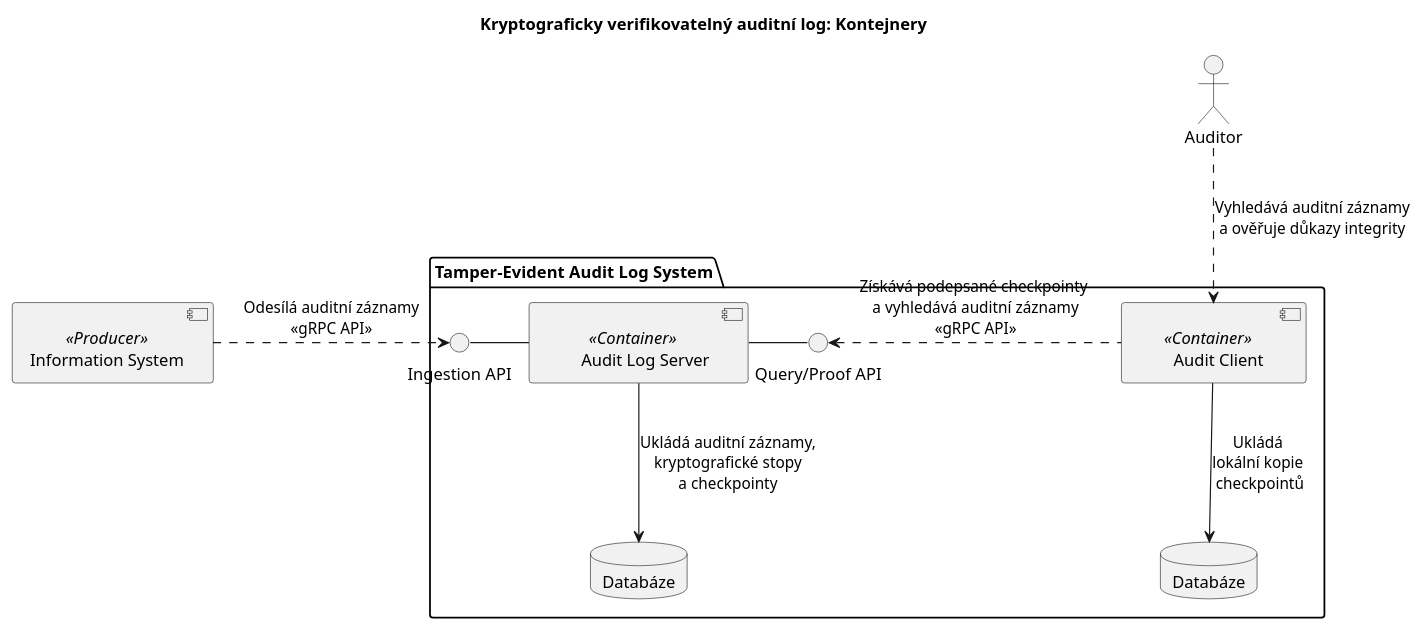
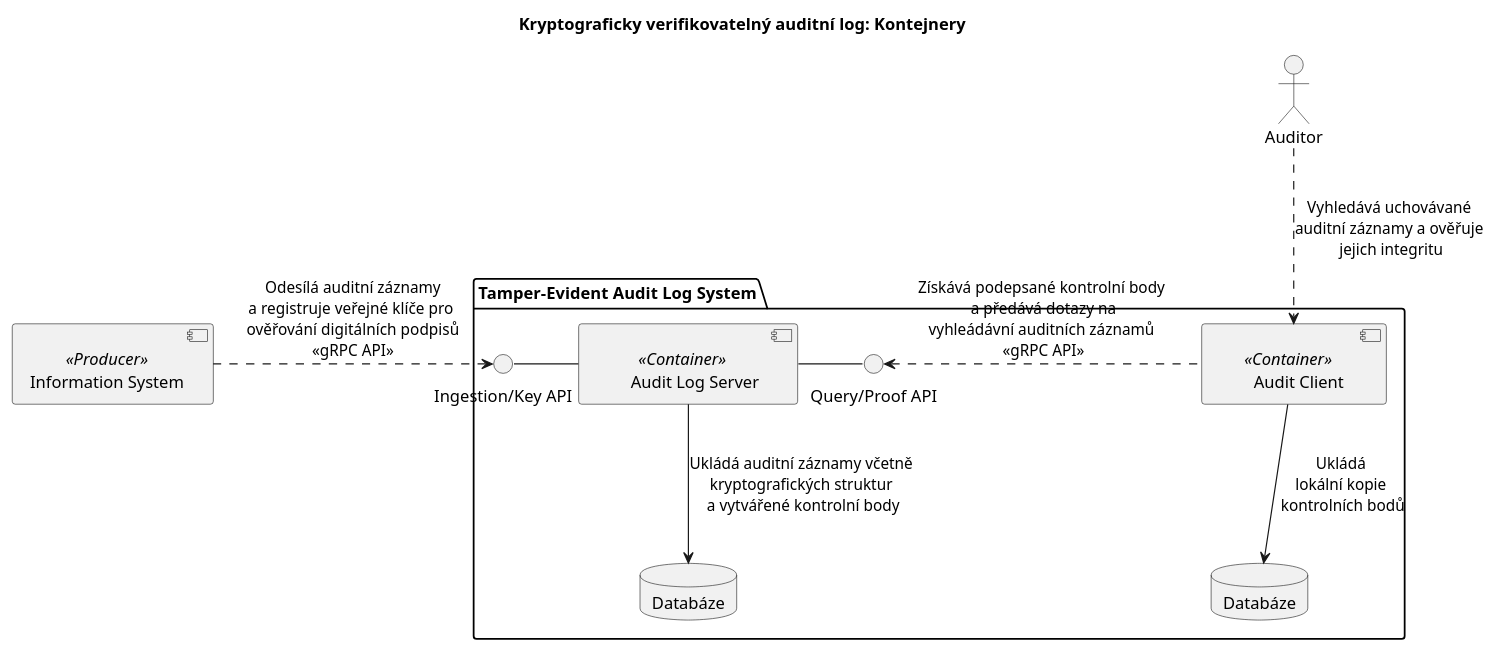
The diagram in docs/architecture/2-containers.puml (andrlikjirka/dp-teals), drawn with PlantUML before and after one commit. The commit also changed 3 other files, not shown here.

Commit message:
Refactor system context and container diagrams for clarity and consistency

```diff
--- a/docs/architecture/2-containers.puml
+++ b/docs/architecture/2-containers.puml
@@ -1,45 +1,45 @@
 @startuml
 
-skinparam nodesep 50
+skinparam nodesep 55
 skinparam ranksep 80
 
 title "Kryptograficky verifikovatelný auditní log: Kontejnery"
 
 actor "Auditor" as Auditor
 [Information System] as Producer <<Producer>>
 'actor "Administrator" as Admin
 'component "OpenBao (KMS)" as KMS
 
 package "Tamper-Evident Audit Log System" {
-    interface "Ingestion API" as IngestorAPI 
+    interface "Ingestion/Key API" as IngestorAPI
     interface "Query/Proof API" as ProofAPI
     [\tAudit Log Server\t] as LogServer <<Container>>
     
     database "Databáze" as AuditStore
 
 
     'interface "Audit API" as VerificationAPI
     [\tAudit Client\t] as Client <<Container>>
 
     database "Databáze" as RootStore
     
 }
 
-Producer .> IngestorAPI : Odesílá auditní záznamy\n<<gRPC API>>
+Producer .> IngestorAPI : Odesílá auditní záznamy\na registruje veřejné klíče pro \nověřování digitálních podpisů\n<<gRPC API>>
 IngestorAPI - LogServer
 LogServer - ProofAPI
 
-LogServer -down-> AuditStore : Ukládá auditní záznamy,\nkryptografické stopy\na checkpointy
+LogServer -down-> AuditStore : Ukládá auditní záznamy včetně \nkryptografických struktur \na vytvářené kontrolní body
 
 'Auditor ..> VerificationAPI : Vyhledává auditní záznamy\na ověřuje důkazy integrity\n<<REST API>>
 'Client - VerificationAPI
 'VerificationAPI -- Client
-Auditor ..> Client: Vyhledává auditní záznamy\na ověřuje důkazy integrity
+Auditor ..> Client: Vyhledává uchovávané \nauditní záznamy a ověřuje \njejich integritu
 
-ProofAPI <. Client: "Získává podepsané checkpointy \n a vyhledává auditní záznamy \n<<gRPC API>>"
-Client -down-> RootStore : Ukládá \nlokální kopie \ncheckpointů
+ProofAPI <. Client: "Získává podepsané kontrolní body \n a předává dotazy na \nvyhleádávní auditních záznamů \n<<gRPC API>>"
+Client -down-> RootStore : Ukládá \nlokální kopie \nkontrolních bodů
 
 'LogServer --> KMS : Využívá klíče pro \n šifrování a digitální \npodepisování
 'Client --> KMS : Ověřování \npodpepsaných\n checkpointů
 
 @enduml
```
